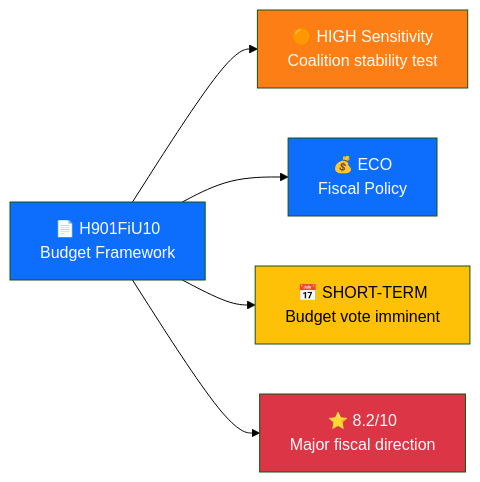
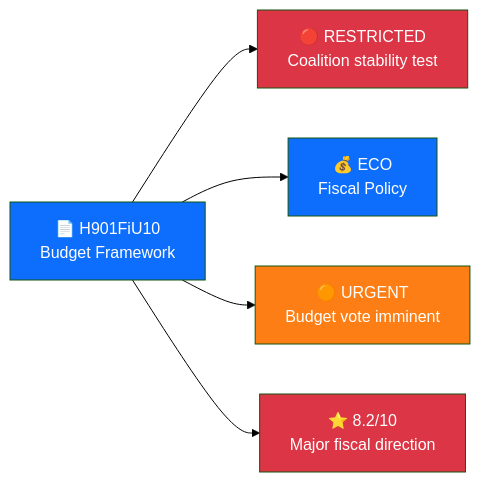
The first of 2 diagrams in scripts/prompts/v2/per-file-intelligence-analysis.md (Hack23/riksdagsmonitor), drawn with Mermaid (forest theme) before and after one commit. The commit also changed other lines of this file and 2 other files, not shown here.

Commit message:
Align classification diagram colors across templates and fix filled example taxonomy
1. per-file-political-intelligence.md: SENSITIVE 🟠→🟡 #ffc107, ROUTINE 🟢→⚪ #6c757d, ELEVATED 🟡→🔵 #0d6efd (matches political-classification.md)
2. threat-analysis.md: severity legend aligned to framework §9 1-5 scale
3. per-file-intelligence-analysis.md: filled example badge Sensitivity-HIGH → RESTRICTED
4. per-file-intelligence-analysis.md: filled example diagram HIGH→RESTRICTED, SHORT-TERM→URGENT with matching colors

Agent-Logs-Url: https://github.com/Hack23/riksdagsmonitor/sessions/572a5b1d-615c-4eb0-bef3-852e18931830

````diff
--- a/scripts/prompts/v2/per-file-intelligence-analysis.md
+++ b/scripts/prompts/v2/per-file-intelligence-analysis.md
@@ -248,13 +248,13 @@
 ```mermaid
 graph LR
-    DOC["📄 H901FiU10<br/>Budget Framework"] --> SENS["🟠 HIGH Sensitivity<br/>Coalition stability test"]
+    DOC["📄 H901FiU10<br/>Budget Framework"] --> SENS["🔴 RESTRICTED<br/>Coalition stability test"]
     DOC --> DOM["💰 ECO<br/>Fiscal Policy"]
-    DOC --> URG["📅 SHORT-TERM<br/>Budget vote imminent"]
+    DOC --> URG["🟠 URGENT<br/>Budget vote imminent"]
     DOC --> SIG["⭐ 8.2/10<br/>Major fiscal direction"]
     
     style DOC fill:#0d6efd,color:#fff
-    style SENS fill:#fd7e14,color:#fff
+    style SENS fill:#dc3545,color:#fff
     style DOM fill:#0d6efd,color:#fff
-    style URG fill:#ffc107,color:#000
+    style URG fill:#fd7e14,color:#fff
     style SIG fill:#dc3545,color:#fff
 ```
````
